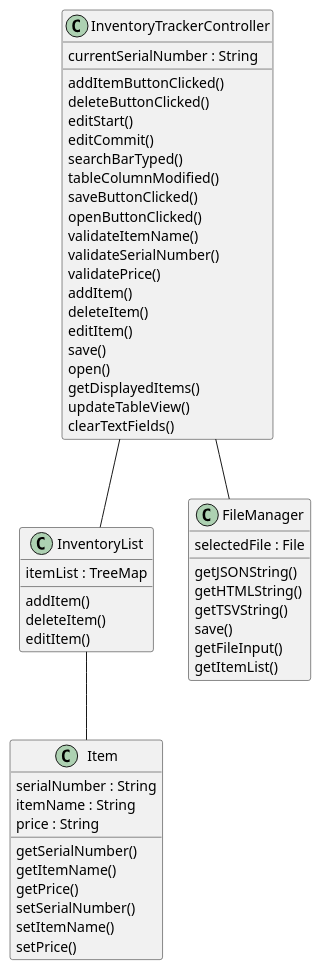
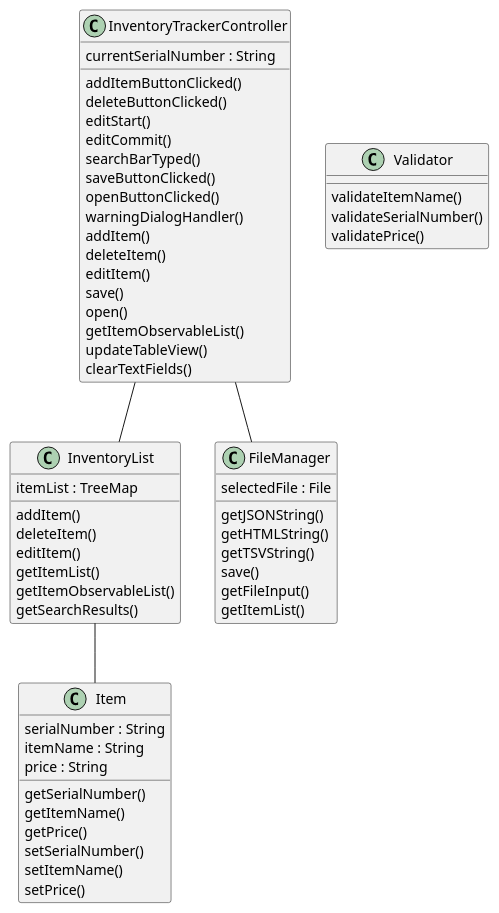
The diagram in uml/ClassDiagram.puml (admonlee/InventoryTracker), drawn with PlantUML before and after one commit. The commit also changed 3 other files, not shown here.

Commit message:
Modified add and delete functions so that if an item is added or deleted, the table view still shows only search results if in search mode

```diff
--- a/uml/ClassDiagram.puml
+++ b/uml/ClassDiagram.puml
@@ -1,63 +1,70 @@
 @startuml
 
 class InventoryTrackerController
 {
 currentSerialNumber : String
 addItemButtonClicked()
 deleteButtonClicked()
 editStart()
 editCommit()
 searchBarTyped()
-tableColumnModified()
 saveButtonClicked()
 openButtonClicked()
-validateItemName()
-validateSerialNumber()
-validatePrice()
+warningDialogHandler()
 addItem()
 deleteItem()
 editItem()
 save()
 open()
-getDisplayedItems()
+getItemObservableList()
 updateTableView()
 clearTextFields()
 }
 
 class InventoryList
 {
 itemList : TreeMap
 addItem()
 deleteItem()
 editItem()
+getItemList()
+getItemObservableList()
+getSearchResults()
 }
 
 class Item
 {
 serialNumber : String
 itemName : String
 price : String
 getSerialNumber()
 getItemName()
 getPrice()
 setSerialNumber()
 setItemName()
 setPrice()
 }
 
 class FileManager
 {
 selectedFile : File
 getJSONString()
 getHTMLString()
 getTSVString()
 save()
 getFileInput()
 getItemList()
 }
 
+class Validator
+{
+validateItemName()
+validateSerialNumber()
+validatePrice()
+}
+
 InventoryTrackerController -- InventoryList
 InventoryList -- Item
 InventoryTrackerController -- FileManager
 
 @enduml
```
